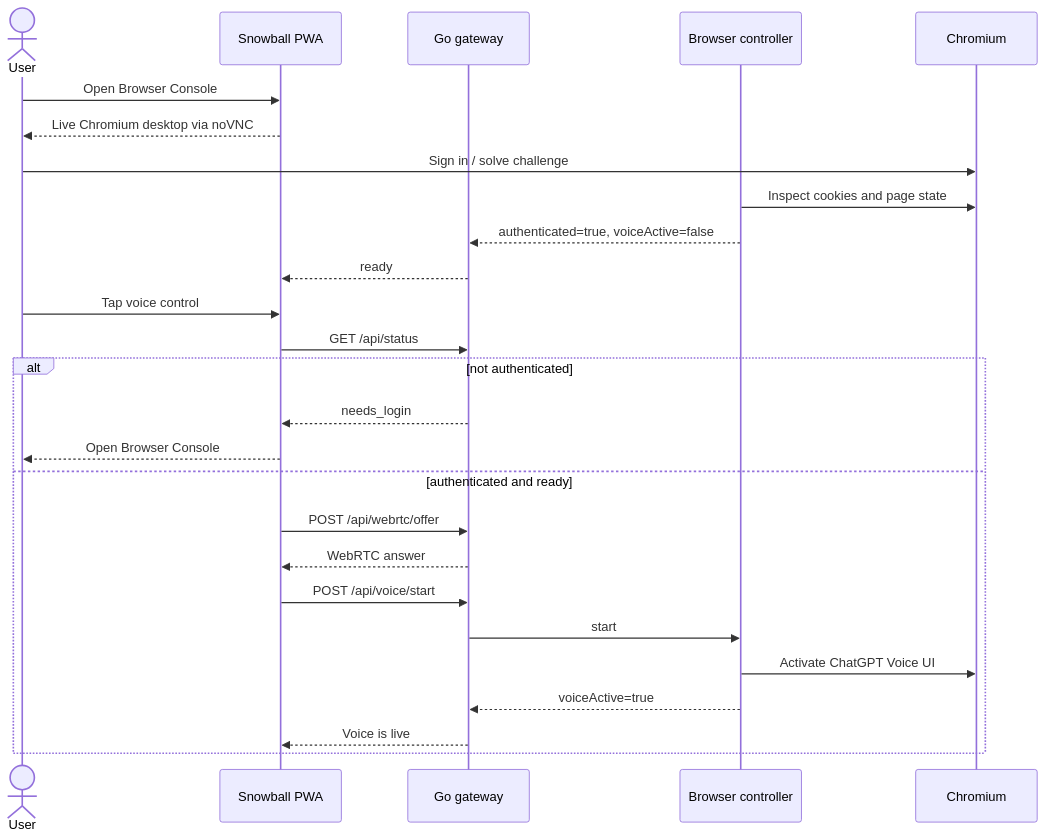
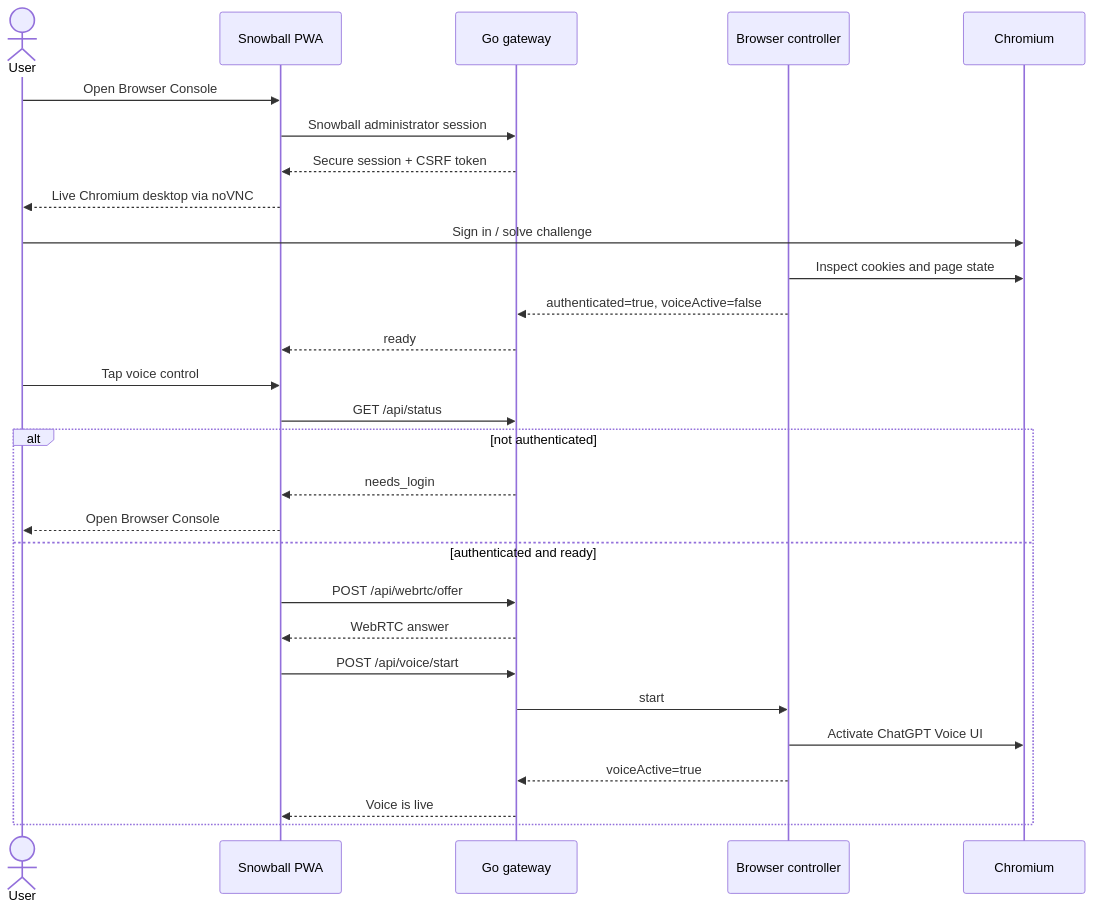
Before and after one commit to fkiller/snowball: the fourth of 6 diagrams in ARCHITECTURE.md, drawn with Mermaid. The commit also changed other lines of this file and 95 other files, not shown here.

````diff
--- a/ARCHITECTURE.md
+++ b/ARCHITECTURE.md
@@ -111,30 +113,33 @@
 ```mermaid
 sequenceDiagram
     actor User
     participant PWA as Snowball PWA
     participant GW as Go gateway
     participant BC as Browser controller
     participant Chrome as Chromium
 
     User->>PWA: Open Browser Console
+
+    PWA->>GW: Snowball administrator session
+    GW-->>PWA: Secure session + CSRF token
     PWA-->>User: Live Chromium desktop via noVNC
     User->>Chrome: Sign in / solve challenge
     BC->>Chrome: Inspect cookies and page state
     BC-->>GW: authenticated=true, voiceActive=false
     GW-->>PWA: ready
 
     User->>PWA: Tap voice control
     PWA->>GW: GET /api/status
     alt not authenticated
         GW-->>PWA: needs_login
         PWA-->>User: Open Browser Console
     else authenticated and ready
         PWA->>GW: POST /api/webrtc/offer
         GW-->>PWA: WebRTC answer
         PWA->>GW: POST /api/voice/start
         GW->>BC: start
         BC->>Chrome: Activate ChatGPT Voice UI
         BC-->>GW: voiceActive=true
         GW-->>PWA: Voice is live
     end
 ```
````
